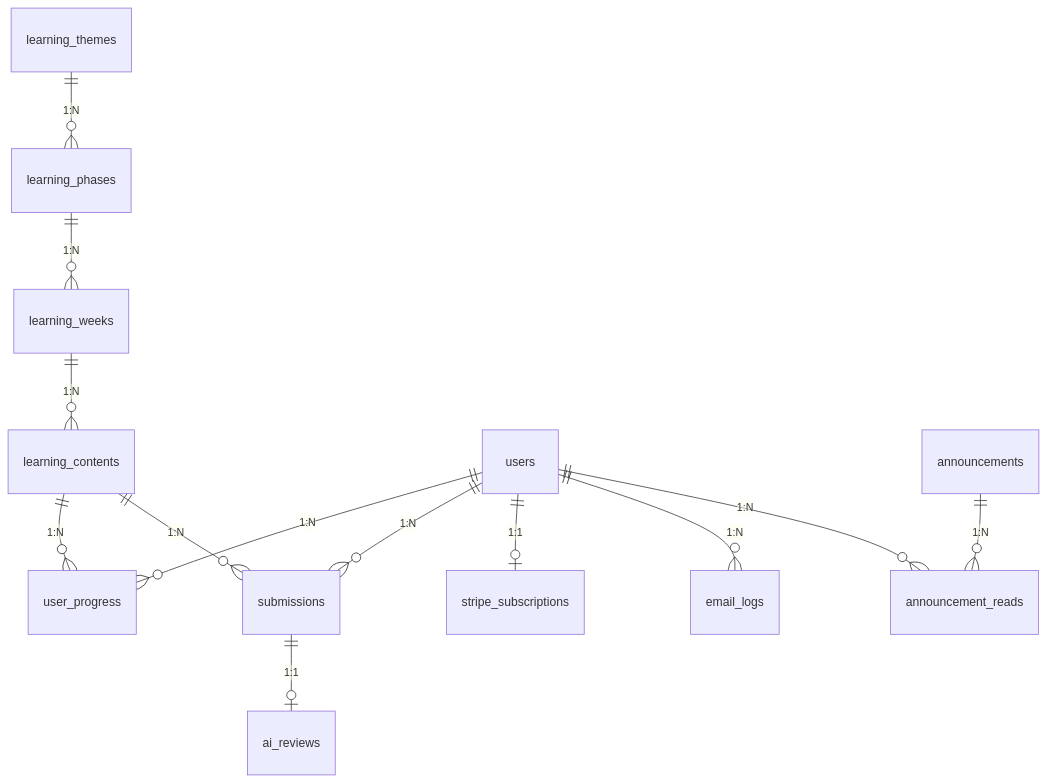
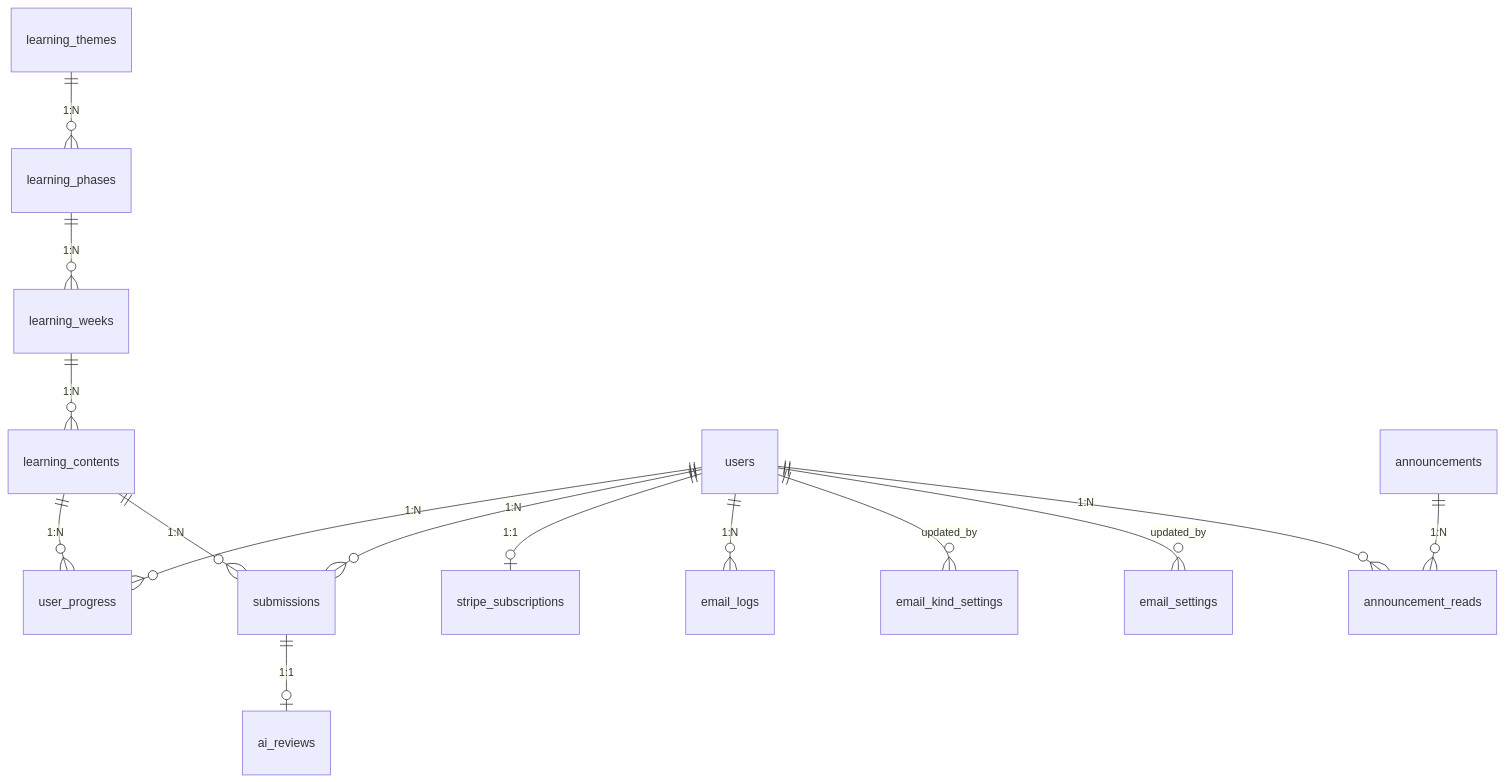
Before and after one commit to Singuralitylabs/sinlab-study: the diagram in docs/database.md, drawn with Mermaid. The commit also changed other lines of this file and 37 other files, not shown here.

````diff
--- a/docs/database.md
+++ b/docs/database.md
@@ -26,15 +26,17 @@
 ```mermaid
 erDiagram
     learning_themes ||--o{ learning_phases : "1:N"
     learning_phases ||--o{ learning_weeks : "1:N"
     learning_weeks ||--o{ learning_contents : "1:N"
     learning_contents ||--o{ user_progress : "1:N"
     learning_contents ||--o{ submissions : "1:N"
     users ||--o{ user_progress : "1:N"
     users ||--o{ submissions : "1:N"
     submissions ||--o| ai_reviews : "1:1"
     users ||--o| stripe_subscriptions : "1:1"
     users ||--o{ email_logs : "1:N"
+    users ||--o{ email_kind_settings : "updated_by"
+    users ||--o{ email_settings : "updated_by"
     announcements ||--o{ announcement_reads : "1:N"
     users ||--o{ announcement_reads : "1:N"
 ```
````
